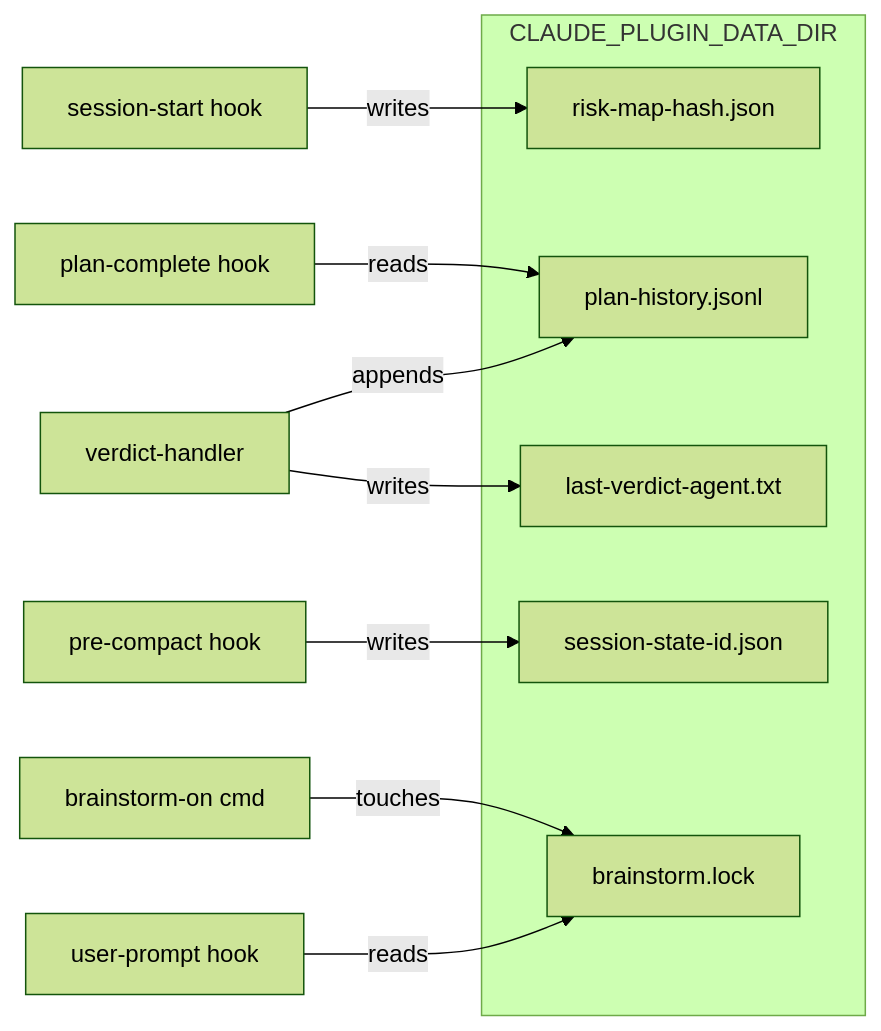
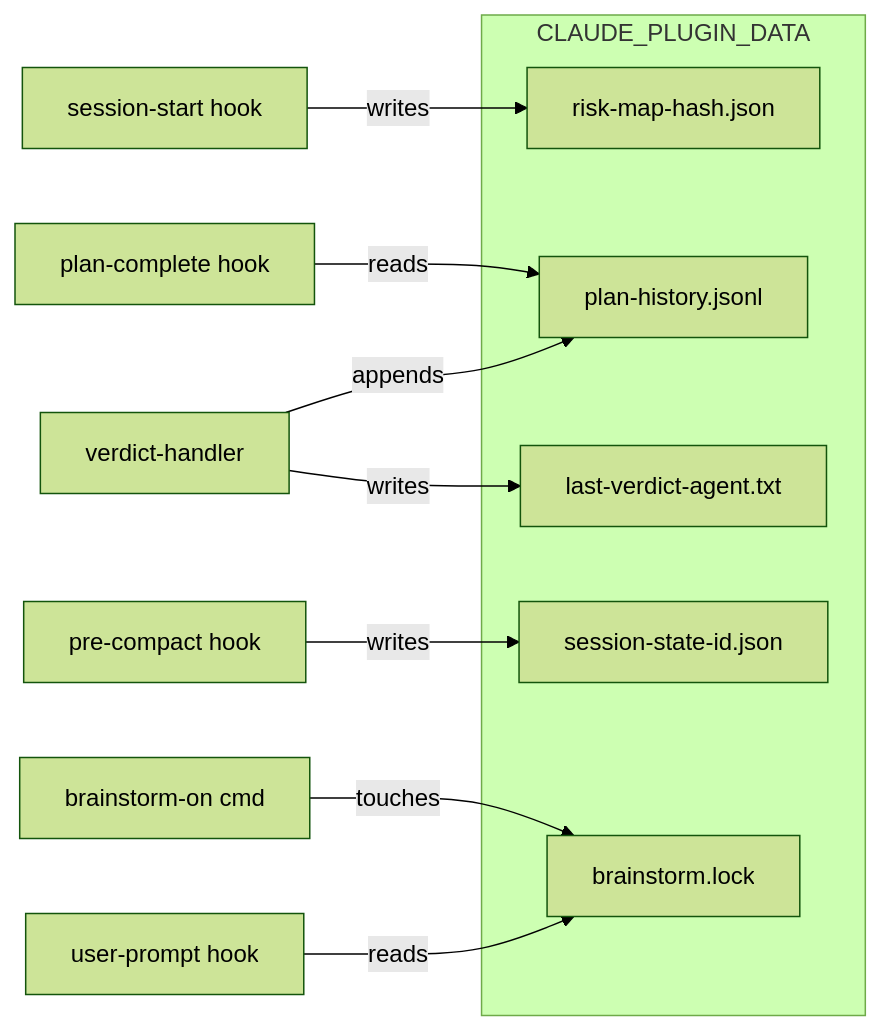
The third of 3 diagrams in docs/reference/architecture.md (azmym/gemini-plugin), drawn with Mermaid (forest theme) before and after one commit. The commit also changed other lines of this file and 15 other files, not shown here.

````diff
--- a/docs/reference/architecture.md
+++ b/docs/reference/architecture.md
@@ -173,18 +173,18 @@
 ```mermaid
 graph LR
-    subgraph "CLAUDE_PLUGIN_DATA_DIR"
+    subgraph "CLAUDE_PLUGIN_DATA"
         RM[risk-map-hash.json]
         PH[plan-history.jsonl]
         SS[session-state-id.json]
         LV[last-verdict-agent.txt]
         BL[brainstorm.lock]
     end
 
     H1[session-start hook] --> |writes| RM
     H3[plan-complete hook] --> |reads| PH
     VH[verdict-handler] --> |appends| PH
     VH --> |writes| LV
     H5[pre-compact hook] --> |writes| SS
     BC[brainstorm-on cmd] --> |touches| BL
     H2[user-prompt hook] --> |reads| BL
 ```
````
